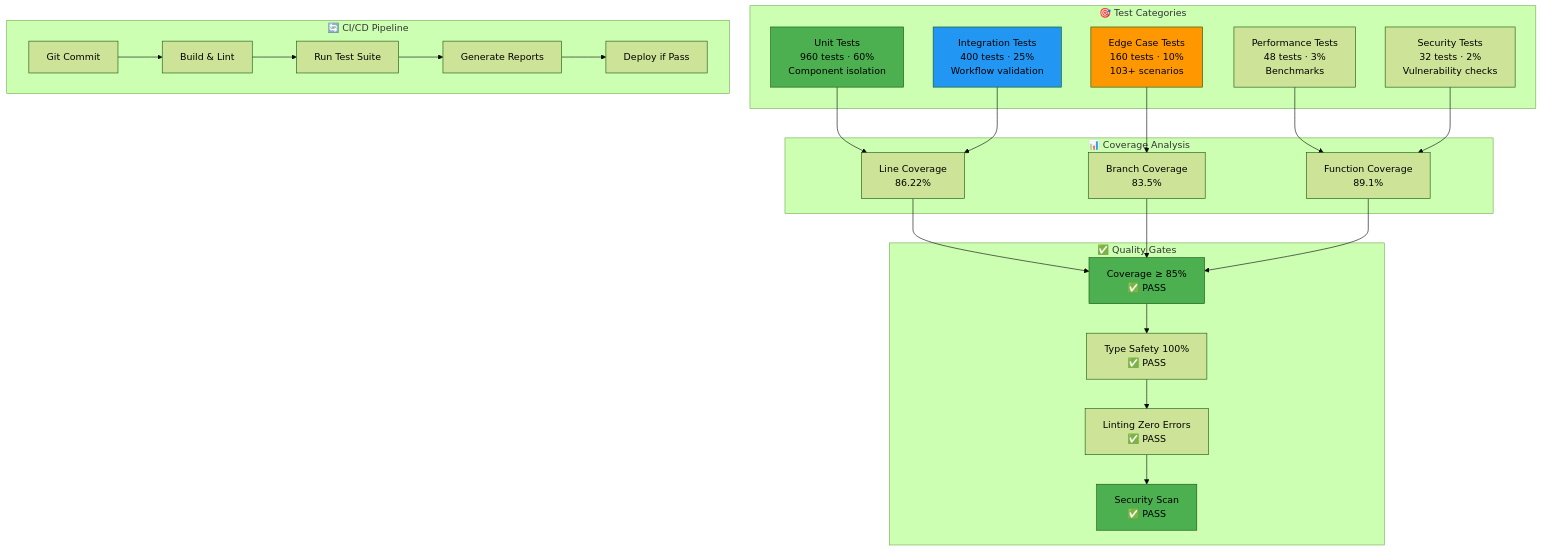
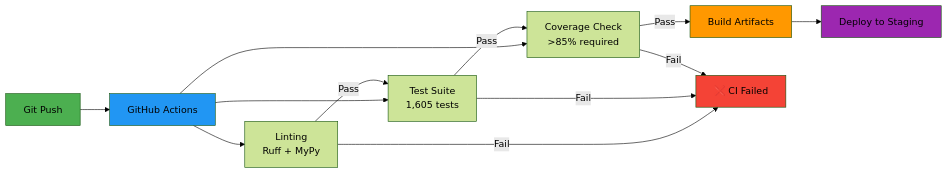
Before and after one commit to fouada/Assignment7_mcp-multi-agent-game: diagram 13 of 18 in README.md, drawn with Mermaid (forest theme). The commit also changed other lines of this file and 3 other files, not shown here.

````diff
--- a/README.md
+++ b/README.md
@@ -1009,56 +1064,22 @@
 ```mermaid
-graph TB
-    subgraph "🎯 Test Categories"
-        UNIT[Unit Tests<br/>960 tests · 60%<br/>Component isolation]
-        INTEGRATION[Integration Tests<br/>400 tests · 25%<br/>Workflow validation]
-        EDGE[Edge Case Tests<br/>160 tests · 10%<br/>103+ scenarios]
-        PERF[Performance Tests<br/>48 tests · 3%<br/>Benchmarks]
-        SEC[Security Tests<br/>32 tests · 2%<br/>Vulnerability checks]
-    end
-
-    subgraph "📊 Coverage Analysis"
-        LINE[Line Coverage<br/>86.22%]
-        BRANCH[Branch Coverage<br/>83.5%]
-        FUNC[Function Coverage<br/>89.1%]
-    end
-
-    subgraph "✅ Quality Gates"
-        COV[Coverage ≥ 85%<br/>✅ PASS]
-        TYPES[Type Safety 100%<br/>✅ PASS]
-        LINT[Linting Zero Errors<br/>✅ PASS]
-        SECURITY[Security Scan<br/>✅ PASS]
-    end
-
-    subgraph "🔄 CI/CD Pipeline"
-        COMMIT[Git Commit]
-        BUILD[Build & Lint]
-        TEST[Run Test Suite]
-        REPORT[Generate Reports]
-        DEPLOY[Deploy if Pass]
-    end
-
-    UNIT --> LINE
-    INTEGRATION --> LINE
-    EDGE --> BRANCH
-    PERF --> FUNC
-    SEC --> FUNC
-
-    LINE --> COV
-    BRANCH --> COV
-    FUNC --> COV
-
-    COV --> TYPES
-    TYPES --> LINT
-    LINT --> SECURITY
-
-    COMMIT --> BUILD
-    BUILD --> TEST
-    TEST --> REPORT
-    REPORT --> DEPLOY
-
-    style UNIT fill:#4CAF50
-    style INTEGRATION fill:#2196F3
-    style EDGE fill:#FF9800
-    style COV fill:#4CAF50
-    style SECURITY fill:#4CAF50
+graph LR
+    COMMIT[Git Push] --> CI[GitHub Actions]
+    CI --> LINT[Linting<br/>Ruff + MyPy]
+    CI --> TEST[Test Suite<br/>1,605 tests]
+    CI --> COV[Coverage Check<br/>>85% required]
+    
+    LINT -->|Pass| TEST
+    TEST -->|Pass| COV
+    COV -->|Pass| BUILD[Build Artifacts]
+    BUILD --> DEPLOY[Deploy to Staging]
+    
+    LINT -->|Fail| FAIL[❌ CI Failed]
+    TEST -->|Fail| FAIL
+    COV -->|Fail| FAIL
+    
+    style COMMIT fill:#4CAF50
+    style CI fill:#2196F3
+    style BUILD fill:#FF9800
+    style DEPLOY fill:#9C27B0
+    style FAIL fill:#F44336
 ```
````
